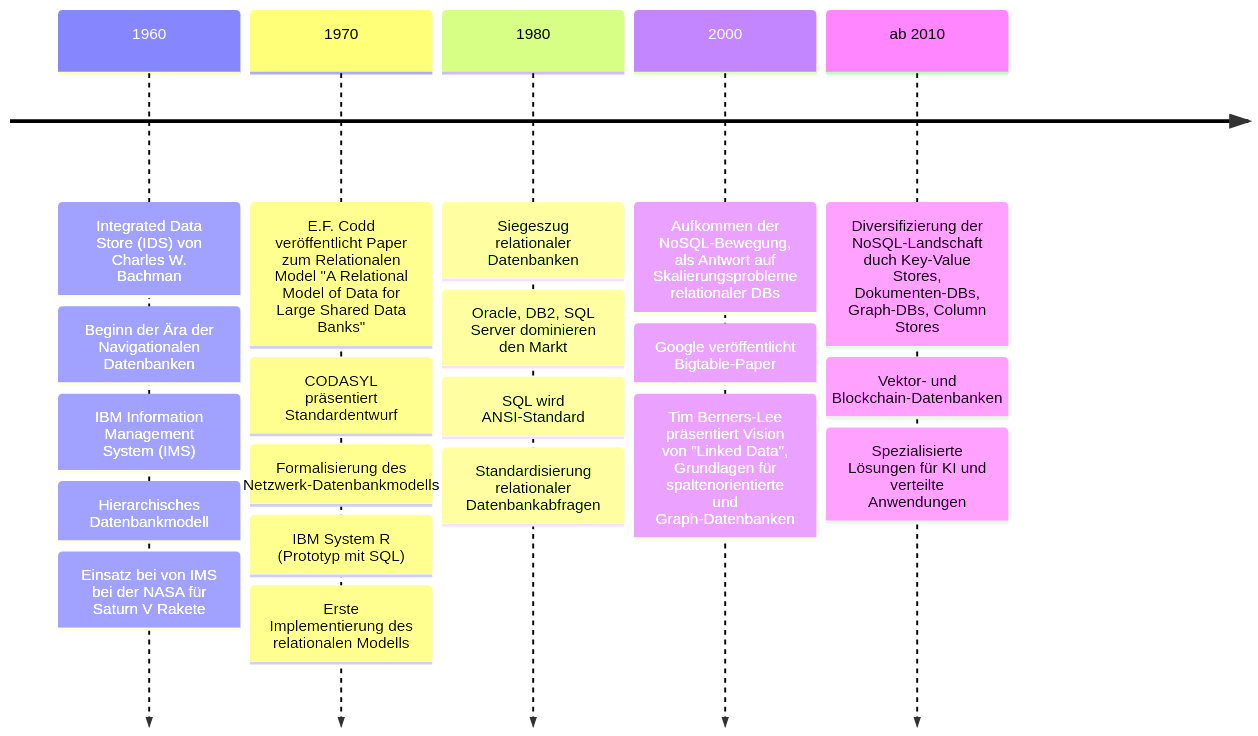
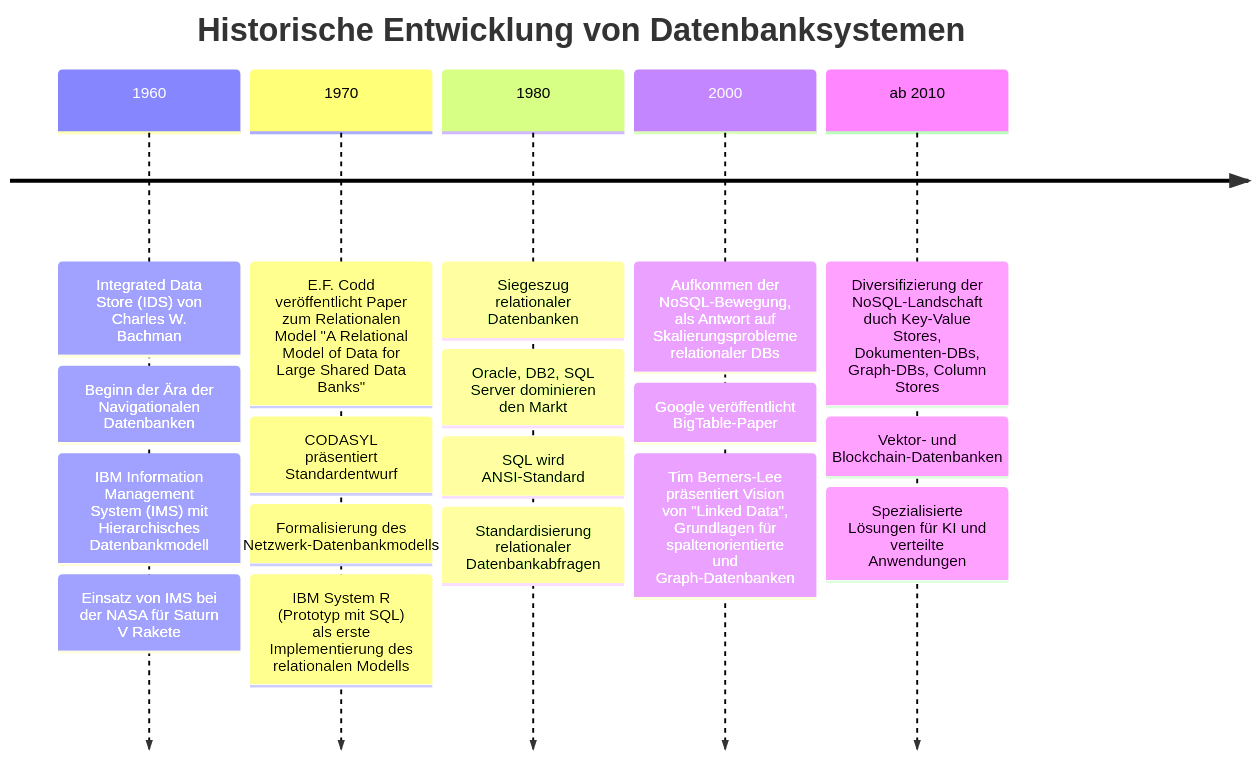
Before and after one commit to erhardtconsulting/relational-databases: the diagram in docs/1_history/2_influence_on_it.md, drawn with Mermaid. The commit also changed other lines of this file and 3 other files, not shown here.

````diff
--- a/docs/1_history/2_influence_on_it.md
+++ b/docs/1_history/2_influence_on_it.md
@@ -5,23 +5,22 @@
 ```{mermaid}
 timeline
-    1960 : Integrated Data Store (IDS) von Charles W. Bachman
-         : Beginn der Ära der Navigationalen Datenbanken
-         : IBM Information Management System (IMS)
-         : Hierarchisches Datenbankmodell
-         : Einsatz bei von IMS bei der NASA für Saturn V Rakete
-    1970 : E.F. Codd veröffentlicht Paper zum Relationalen Model "A Relational Model of Data for Large Shared Data Banks"
-         : CODASYL präsentiert Standardentwurf
-         : Formalisierung des Netzwerk-Datenbankmodells
-         : IBM System R (Prototyp mit SQL)
-         : Erste Implementierung des relationalen Modells
-    1980 : Siegeszug relationaler Datenbanken
-         : Oracle, DB2, SQL Server dominieren den Markt
-         : SQL wird ANSI-Standard
-         : Standardisierung relationaler Datenbankabfragen
-    2000 : Aufkommen der NoSQL-Bewegung, als Antwort auf Skalierungsprobleme relationaler DBs
-         : Google veröffentlicht Bigtable-Paper
-         : Tim Berners-Lee präsentiert Vision von "Linked Data", Grundlagen für spaltenorientierte und Graph-Datenbanken
+    title Historische Entwicklung von Datenbanksystemen
+    1960    : Integrated Data Store (IDS) von Charles W. Bachman
+            : Beginn der Ära der Navigationalen Datenbanken
+            : IBM Information Management System (IMS) mit Hierarchisches Datenbankmodell
+            : Einsatz von IMS bei der NASA für Saturn V Rakete
+    1970    : E.F. Codd veröffentlicht Paper zum Relationalen Model "A Relational Model of Data for Large Shared Data Banks"
+            : CODASYL präsentiert Standardentwurf
+            : Formalisierung des Netzwerk-Datenbankmodells
+            : IBM System R (Prototyp mit SQL) als erste Implementierung des relationalen Modells
+    1980    : Siegeszug relationaler Datenbanken
+            : Oracle, DB2, SQL Server dominieren den Markt
+            : SQL wird ANSI-Standard
+            : Standardisierung relationaler Datenbankabfragen
+    2000    : Aufkommen der NoSQL-Bewegung, als Antwort auf Skalierungsprobleme relationaler DBs
+            : Google veröffentlicht BigTable-Paper
+            : Tim Berners-Lee präsentiert Vision von "Linked Data", Grundlagen für spaltenorientierte und Graph-Datenbanken
     ab 2010 : Diversifizierung der NoSQL-Landschaft duch Key-Value Stores, Dokumenten-DBs, Graph-DBs, Column Stores
             : Vektor- und Blockchain-Datenbanken
             : Spezialisierte Lösungen für KI und verteilte Anwendungen
 ```
````
